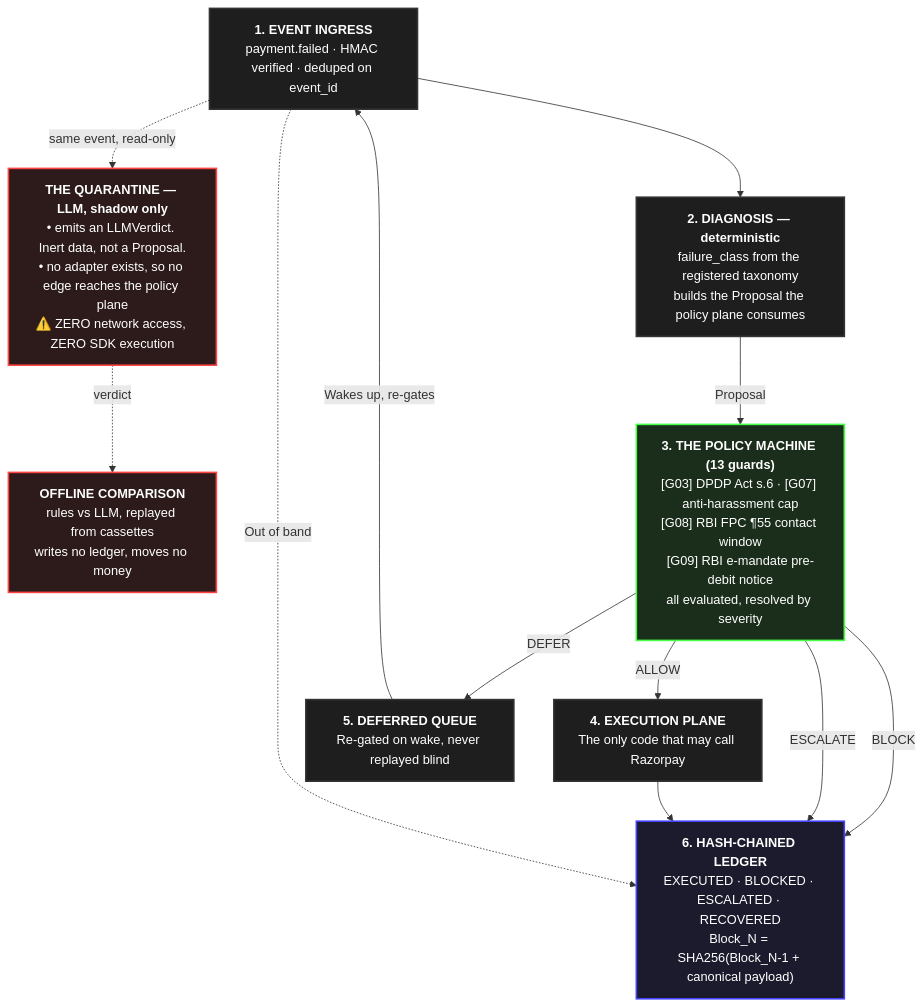
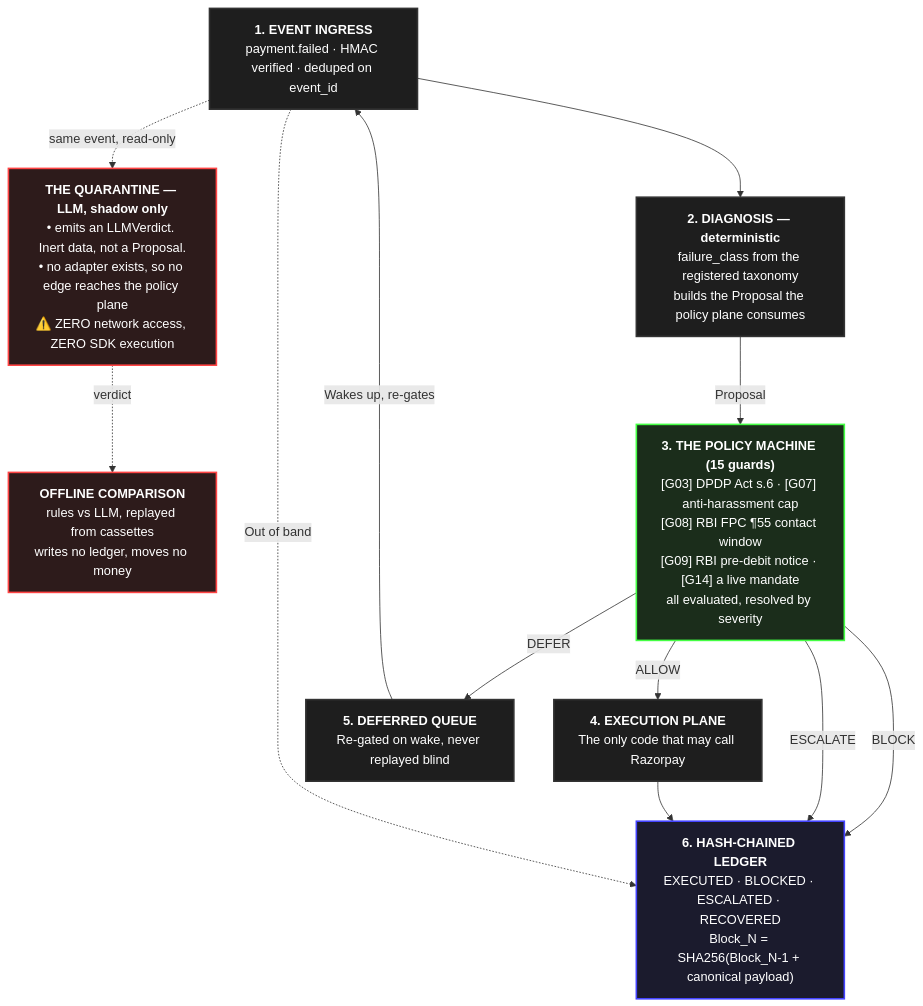
One commit to sriramvarun0636/Vasool changed the diagram in README.md. Above: the diagram before and after it, drawn with Mermaid. The commit also changed other lines of this file and 61 other files, not shown here.

````diff
--- a/README.md
+++ b/README.md
@@ -346,34 +349,34 @@
 ```mermaid
 flowchart TD
     classDef plane fill:#1e1e1e,stroke:#333,stroke-width:2px,color:#fff
     classDef quarantine fill:#2d1b1b,stroke:#ff4444,stroke-width:2px,color:#fff
     classDef policy fill:#1b2d1b,stroke:#44ff44,stroke-width:2px,color:#fff
     classDef ledger fill:#1b1b2d,stroke:#4444ff,stroke-width:2px,color:#fff
 
     A["<b>1. EVENT INGRESS</b><br/>payment.failed · HMAC verified · deduped on event_id"]:::plane
 
     B["<b>2. DIAGNOSIS — deterministic</b><br/>failure_class from the registered taxonomy<br/>builds the Proposal the policy plane consumes"]:::plane
 
     Q["<b>THE QUARANTINE — LLM, shadow only</b><br/>• emits an LLMVerdict. Inert data, not a Proposal.<br/>• no adapter exists, so no edge reaches the policy plane<br/>⚠️ ZERO network access, ZERO SDK execution"]:::quarantine
 
     S["<b>OFFLINE COMPARISON</b><br/>rules vs LLM, replayed from cassettes<br/>writes no ledger, moves no money"]:::quarantine
 
-    C["<b>3. THE POLICY MACHINE (13 guards)</b><br/>[G03] DPDP Act s.6 · [G07] anti-harassment cap<br/>[G08] RBI FPC ¶55 contact window<br/>[G09] RBI e-mandate pre-debit notice<br/>all evaluated, resolved by severity"]:::policy
+    C["<b>3. THE POLICY MACHINE (15 guards)</b><br/>[G03] DPDP Act s.6 · [G07] anti-harassment cap<br/>[G08] RBI FPC ¶55 contact window<br/>[G09] RBI pre-debit notice · [G14] a live mandate<br/>all evaluated, resolved by severity"]:::policy
 
     D["<b>4. EXECUTION PLANE</b><br/>The only code that may call Razorpay"]:::plane
     E["<b>5. DEFERRED QUEUE</b><br/>Re-gated on wake, never replayed blind"]:::plane
 
     F["<b>6. HASH-CHAINED LEDGER</b><br/>EXECUTED · BLOCKED · ESCALATED · RECOVERED<br/>Block_N = SHA256(Block_N-1 + canonical payload)"]:::ledger
 
     A --> B
     A -.->|same event, read-only| Q
     Q -.->|verdict| S
     B -->|Proposal| C
     C -->|ALLOW| D
     C -->|BLOCK| F
     C -->|ESCALATE| F
     C -->|DEFER| E
     D --> F
     E -->|Wakes up, re-gates| A
     A -.->|Out of band| F
 ```
````
